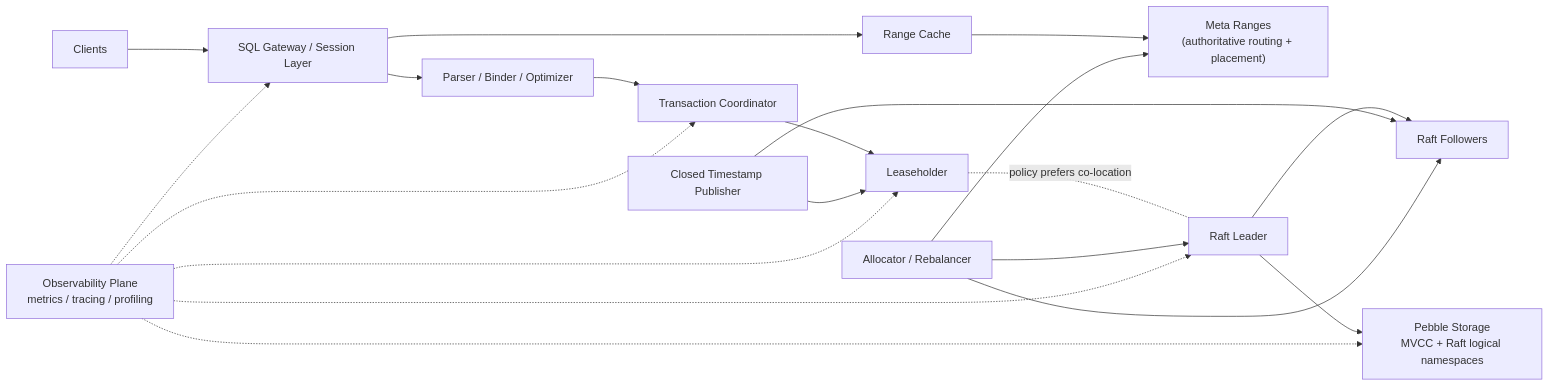
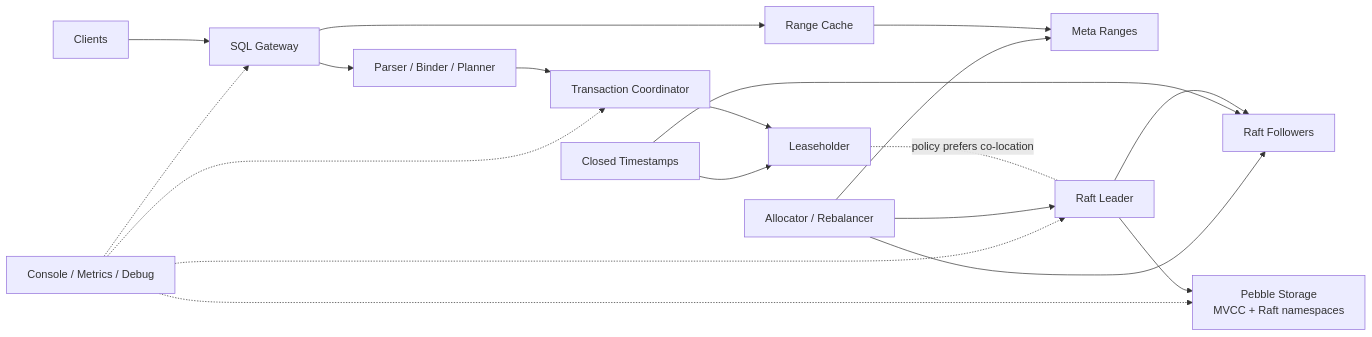
Before and after one commit to VenkatGGG/ChronosDb: the diagram in README.md, drawn with Mermaid. The commit also changed other lines of this file, not shown here.

````diff
--- a/README.md
+++ b/README.md
@@ -48,26 +24,25 @@
 ```mermaid
 flowchart LR
-    C["Clients"] --> G["SQL Gateway / Session Layer"]
-    G --> P["Parser / Binder / Optimizer"]
-    P --> TC["Transaction Coordinator"]
+    C["Clients"] --> G["SQL Gateway"]
+    G --> P["Parser / Binder / Planner"]
+    P --> T["Transaction Coordinator"]
     G --> RC["Range Cache"]
-    RC --> MR["Meta Ranges\n(authoritative routing + placement)"]
+    RC --> MR["Meta Ranges"]
 
-    TC --> LH["Leaseholder"]
-    LH -. "policy prefers co-location" .- RL["Raft Leader"]
+    T --> L["Leaseholder"]
+    L -. "policy prefers co-location" .- RL["Raft Leader"]
     RL --> RF["Raft Followers"]
-    RL --> PB["Pebble Storage\nMVCC + Raft logical namespaces"]
+    RL --> KV["Pebble Storage\nMVCC + Raft namespaces"]
 
-    CT["Closed Timestamp Publisher"] --> LH
+    CT["Closed Timestamps"] --> L
     CT --> RF
 
-    AR["Allocator / Rebalancer"] --> MR
-    AR --> RL
-    AR --> RF
+    A["Allocator / Rebalancer"] --> MR
+    A --> RL
+    A --> RF
 
-    O["Observability Plane\nmetrics / tracing / profiling"] -.-> G
-    O -.-> TC
-    O -.-> LH
+    O["Console / Metrics / Debug"] -.-> G
+    O -.-> T
     O -.-> RL
-    O -.-> PB
+    O -.-> KV
 ```
````
